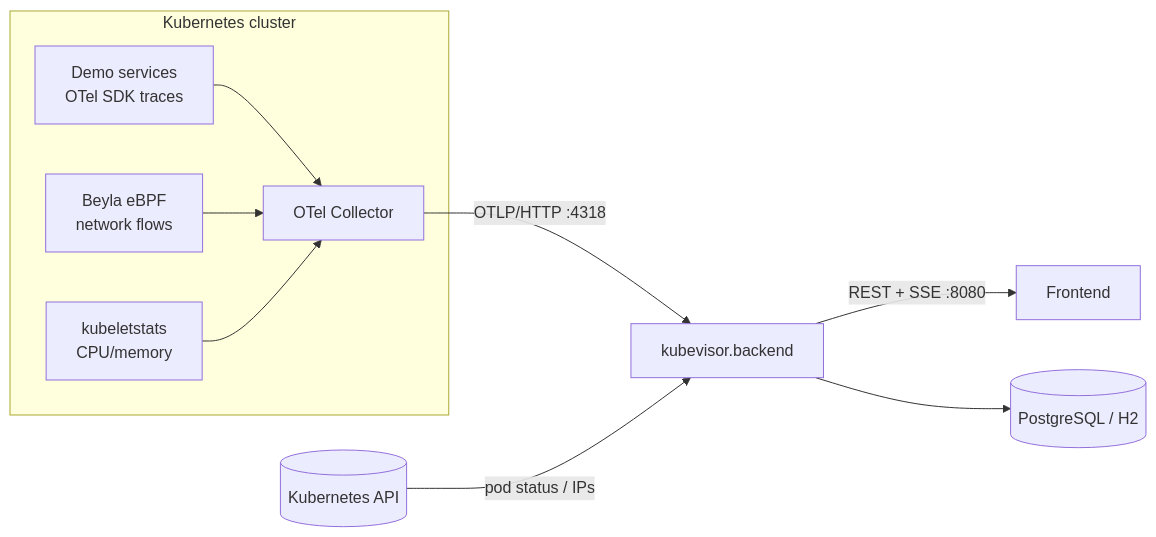
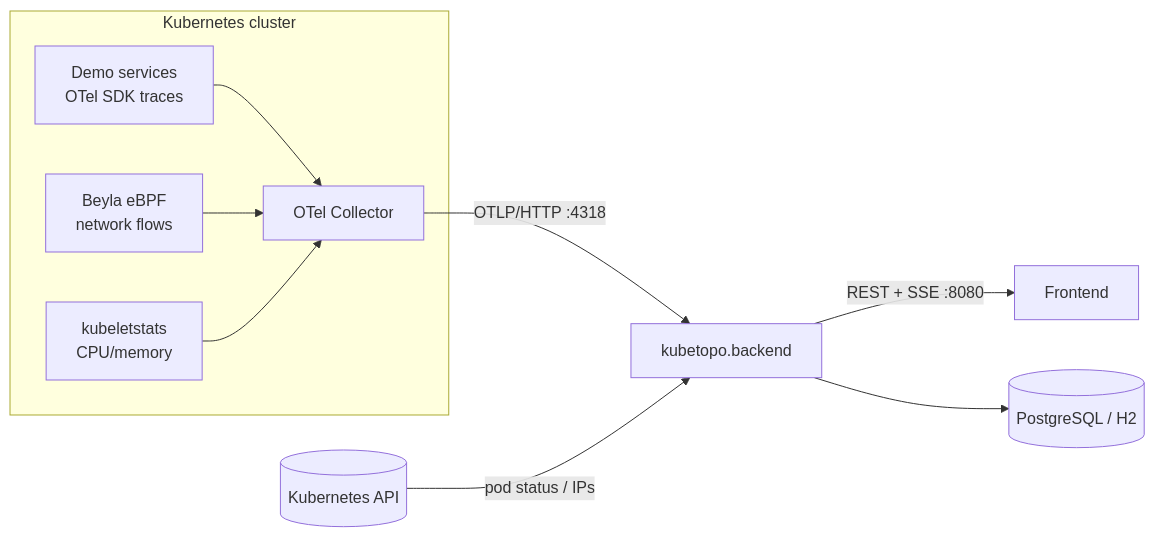
Before and after one commit to AL1ve1T/kubevisor: the diagram in backend/docs/architecture.md, drawn with Mermaid. The commit also changed other lines of this file and 184 other files, not shown here.

Commit message:
rename: kubevisor → kubetopo across entire repo

````diff
--- a/backend/docs/architecture.md
+++ b/backend/docs/architecture.md
@@ -20,16 +20,16 @@
 ```mermaid
 flowchart LR
     subgraph cluster[Kubernetes cluster]
         svc[Demo services\nOTel SDK traces]
         beyla[Beyla eBPF\nnetwork flows]
         kubelet[kubeletstats\nCPU/memory]
         otel[OTel Collector]
         svc --> otel
         beyla --> otel
         kubelet --> otel
     end
-    otel -->|OTLP/HTTP :4318| backend[kubevisor.backend]
+    otel -->|OTLP/HTTP :4318| backend[kubetopo.backend]
     k8sapi[(Kubernetes API)] -->|pod status / IPs| backend
     backend -->|REST + SSE :8080| frontend[Frontend]
     backend --> db[(PostgreSQL / H2)]
 ```
````
